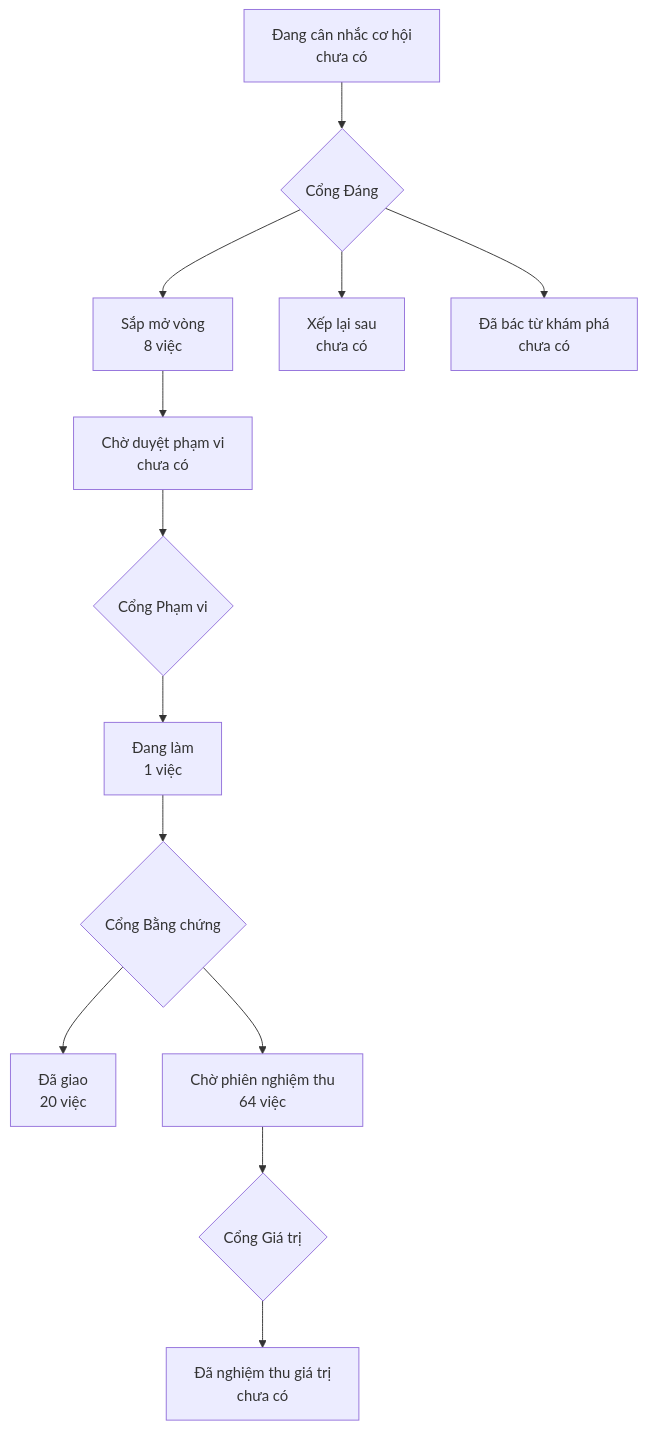
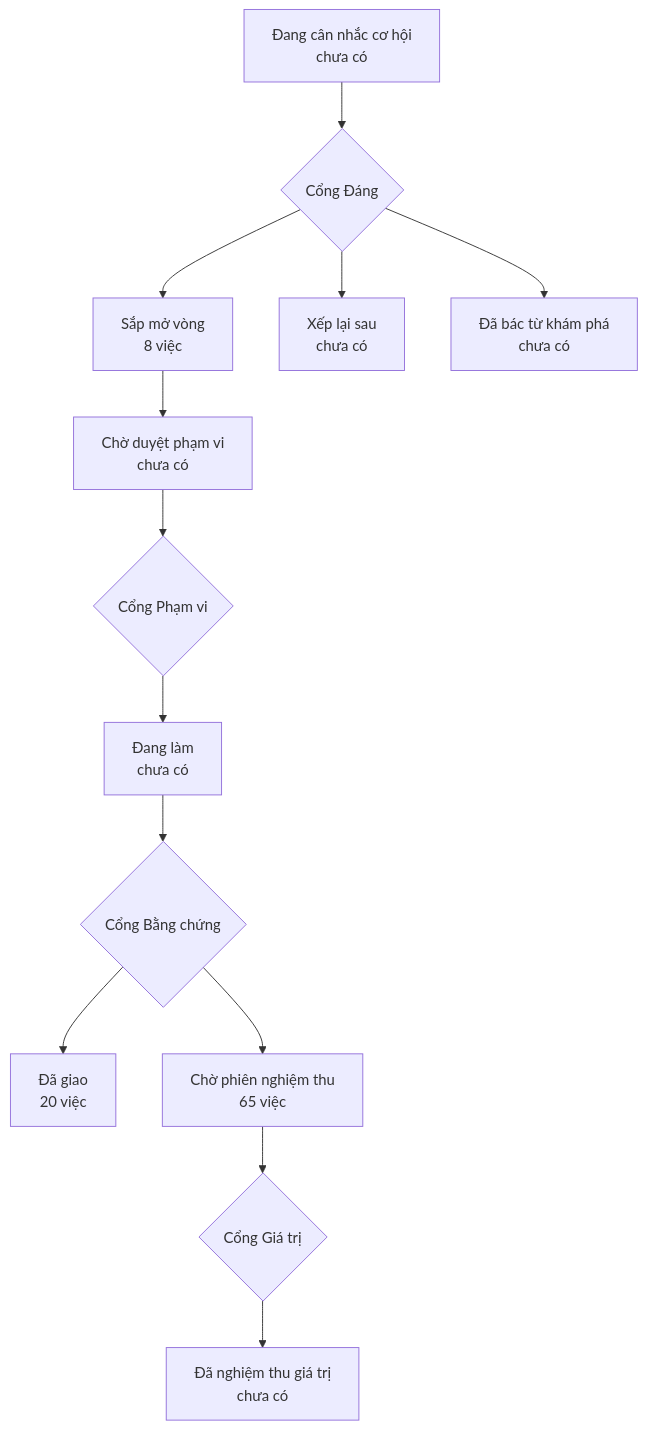
The diagram in PRODUCT-MAP.md (phanlemanh/onehub-quy-hang), drawn with Mermaid before and after one commit. The commit also changed other lines of this file and 4 other files, not shown here.

````diff
--- a/PRODUCT-MAP.md
+++ b/PRODUCT-MAP.md
@@ -7,12 +7,12 @@
 ```mermaid
 flowchart TD
   A["Đang cân nhắc cơ hội<br/>chưa có"] --> GD{"Cổng Đáng"}
   GD --> B["Sắp mở vòng<br/>8 việc"]
   GD --> XL["Xếp lại sau<br/>chưa có"]
   GD --> DB["Đã bác từ khám phá<br/>chưa có"]
   B --> CD["Chờ duyệt phạm vi<br/>chưa có"] --> GP{"Cổng Phạm vi"}
-  GP --> DL["Đang làm<br/>1 việc"] --> GB{"Cổng Bằng chứng"}
+  GP --> DL["Đang làm<br/>chưa có"] --> GB{"Cổng Bằng chứng"}
   GB --> DG["Đã giao<br/>20 việc"]
-  GB --> CN["Chờ phiên nghiệm thu<br/>64 việc"] --> GG{"Cổng Giá trị"}
+  GB --> CN["Chờ phiên nghiệm thu<br/>65 việc"] --> GG{"Cổng Giá trị"}
   GG --> NT["Đã nghiệm thu giá trị<br/>chưa có"]
 ```
````
